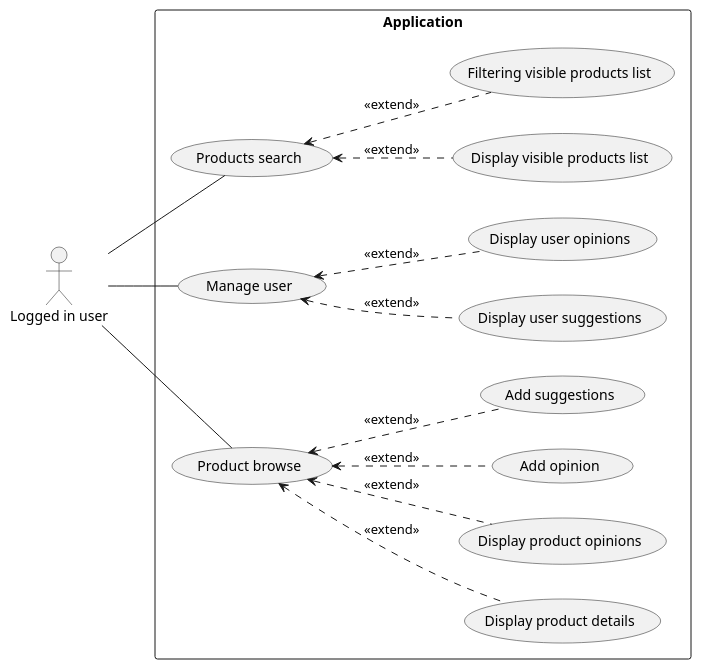
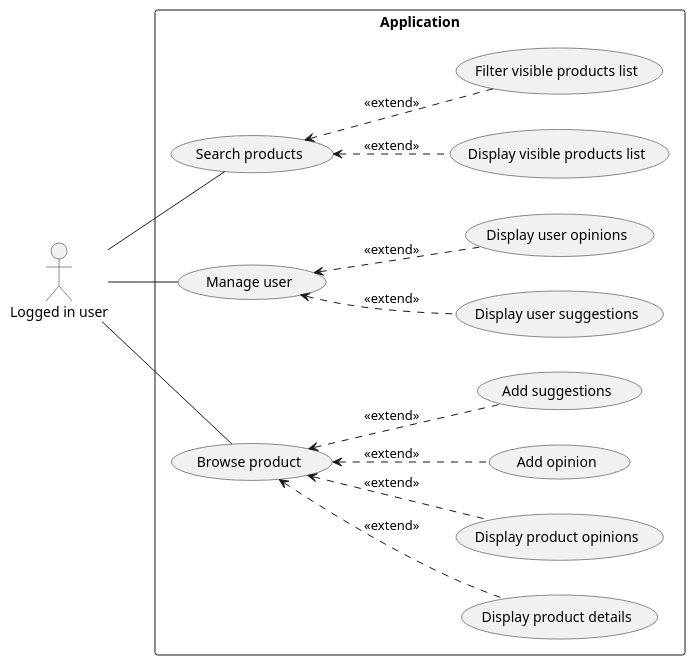
Before and after one commit to RadekBucki/OpinionCollectorArchitecture: the fourth of 5 diagrams in README.md, drawn with PlantUML. The commit also changed other lines of this file, not shown here.

````diff
--- a/README.md
+++ b/README.md
@@ -99,26 +99,26 @@
 ```plantuml
 @startuml
 
 left to right direction
 
 actor "Logged in user" AS customer
 
 rectangle Application {
-    customer -- (Products search)
+    customer -- (Search products)
     customer -- (Manage user)
-    customer -- (Product browse)
+    customer -- (Browse product)
     
-    (Products search) <.. (Display visible products list): <<extend>>
-    (Products search) <.. (Filtering visible products list): <<extend>>
+    (Search products) <.. (Display visible products list): <<extend>>
+    (Search products) <.. (Filter visible products list): <<extend>>
     
-    (Product browse) <.. (Display product details): <<extend>>
-    (Product browse) <.. (Display product opinions): <<extend>>
-    (Product browse) <.. (Add opinion): <<extend>>
-    (Product browse) <.. (Add suggestions): <<extend>>
+    (Browse product) <.. (Display product details): <<extend>>
+    (Browse product) <.. (Display product opinions): <<extend>>
+    (Browse product) <.. (Add opinion): <<extend>>
+    (Browse product) <.. (Add suggestions): <<extend>>
     
     (Manage user) <.. (Display user suggestions): <<extend>>
     (Manage user) <.. (Display user opinions): <<extend>>
 }
 
 @enduml
 ```
````
